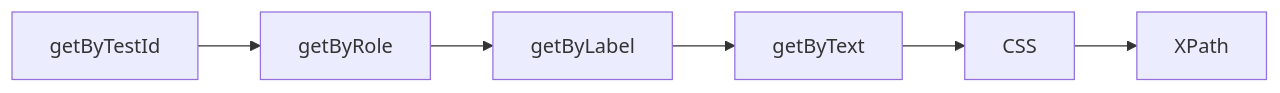
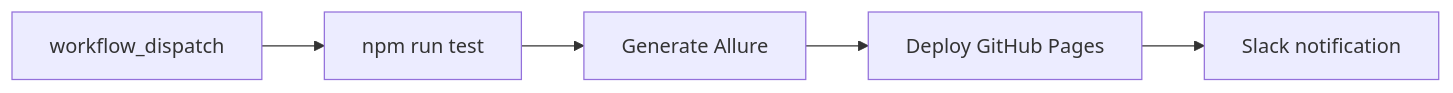
One commit to therealqualityengineer/playwrightframework changed the eighth of 8 diagrams in .github/instructions/framework-design.instructions.md. Above: the diagram before and after it, drawn with Mermaid. The commit also changed other lines of this file and 11 other files, not shown here.

````diff
--- a/.github/instructions/framework-design.instructions.md
+++ b/.github/instructions/framework-design.instructions.md
@@ -333,11 +166,7 @@
 ```mermaid
 flowchart LR
-    A[getByTestId]
-    B[getByRole]
-    C[getByLabel]
-    D[getByText]
-    E[CSS]
-    F[XPath]
-
-    A --> B --> C --> D --> E --> F
+    A[workflow_dispatch] --> B[npm run test]
+    B --> C[Generate Allure]
+    C --> D[Deploy GitHub Pages]
+    D --> E[Slack notification]
 ```
````
